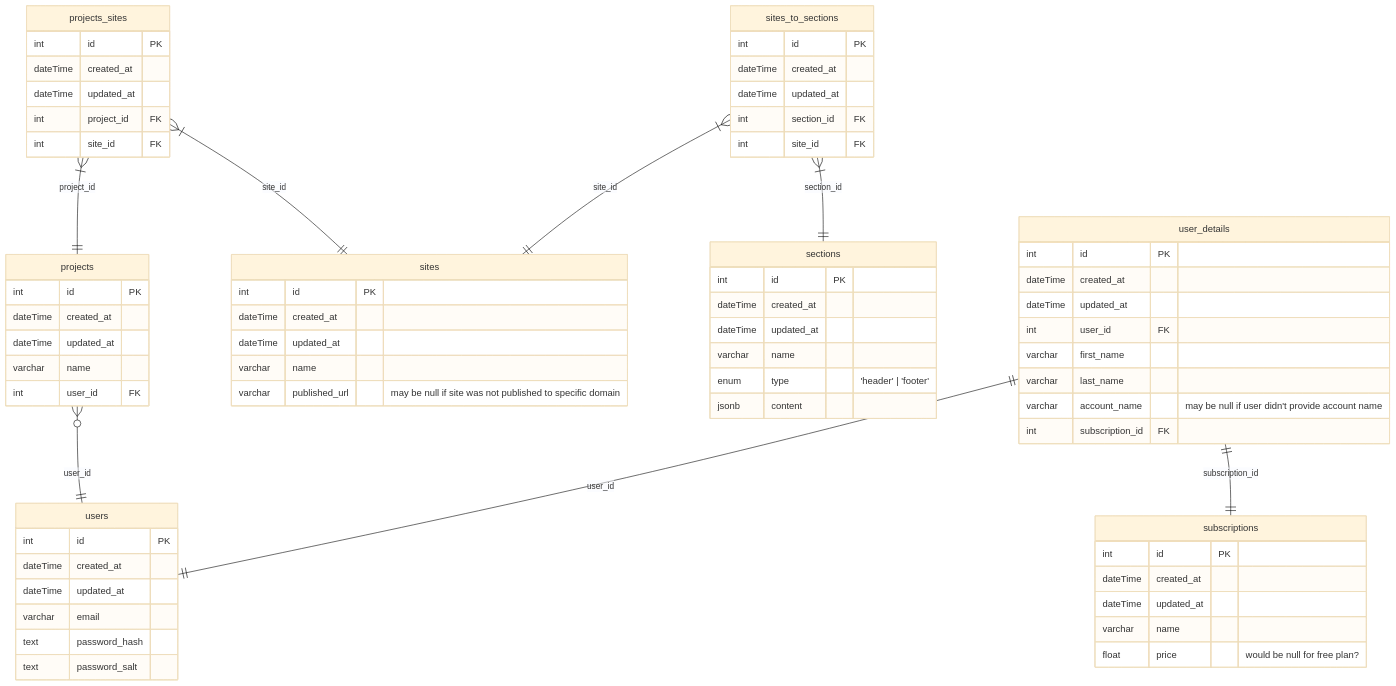
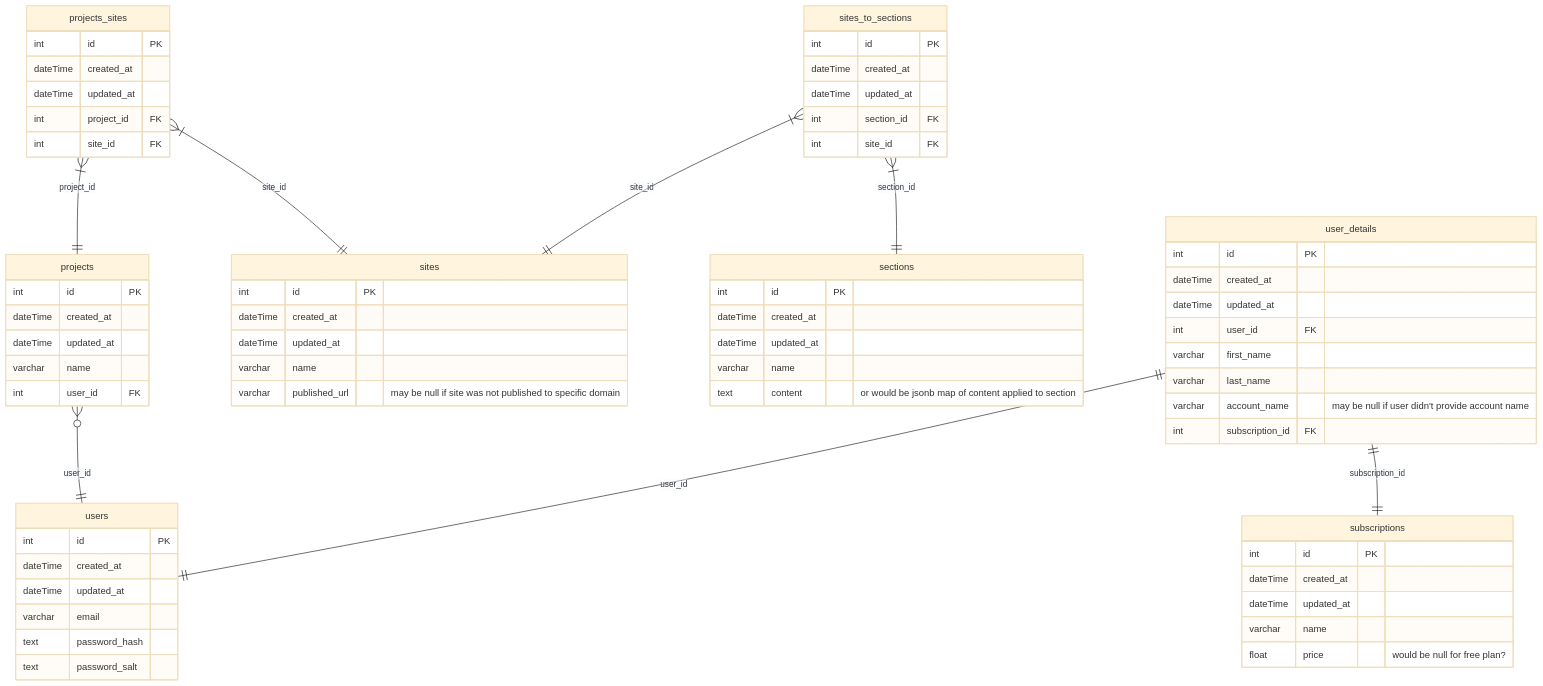
Before and after one commit to BinaryStudioAcademy/bsa-winter-2022-2023-simpleland: the diagram in readme.md, drawn with Mermaid (base theme). The commit also changed 30 other files, not shown here.

````diff
--- a/readme.md
+++ b/readme.md
@@ -43,81 +43,80 @@
 ```mermaid
 erDiagram
 
   users {
     int id PK
     dateTime created_at
     dateTime updated_at
     varchar email
     text password_hash
     text password_salt
   }
 
   %% mb user_details should content subscription_end_time col?
   user_details ||--|| users : user_id
   user_details ||--|| subscriptions : subscription_id
   user_details {
     int id PK
     dateTime created_at
     dateTime updated_at
     int user_id FK
     varchar first_name
     varchar last_name
     varchar account_name "may be null if user didn't provide account name"
     int subscription_id FK
   }
 
   sites {
     int id PK
     dateTime created_at
     dateTime updated_at
     varchar name
     varchar published_url "may be null if site was not published to specific domain"
   }
 
   sections {
     int id PK
     dateTime created_at
     dateTime updated_at
     varchar name
-    enum type "'header' | 'footer'"
-    jsonb content
+    text content "or would be jsonb map of content applied to section"
   }
 
   sites_to_sections }|--|| sections : section_id
   sites_to_sections }|--|| sites : site_id
   sites_to_sections {
     int id PK
     dateTime created_at
     dateTime updated_at
     int section_id FK
     int site_id FK
   }
 
   projects }o--|| users : user_id
   projects {
     int id PK
     dateTime created_at
     dateTime updated_at
     varchar name
     int user_id FK
   }
 
   projects_sites }|--|| projects : project_id
   projects_sites }|--|| sites : site_id
   projects_sites {
     int id PK
     dateTime created_at
     dateTime updated_at
     int project_id FK
     int site_id FK
   }
 
   subscriptions {
     int id PK
     dateTime created_at
     dateTime updated_at
     varchar name
     float price "would be null for free plan?"
   }
 
 ```
````
